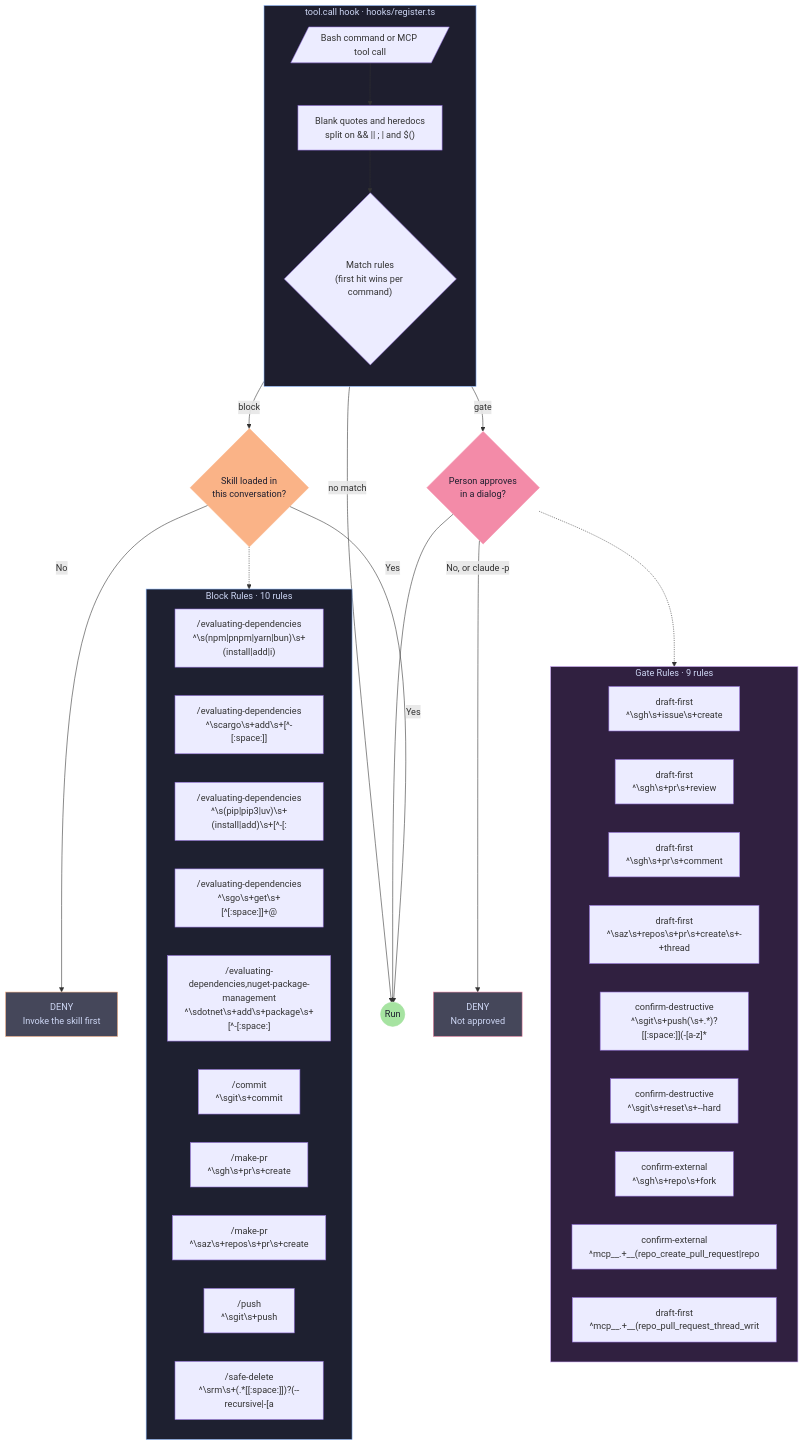
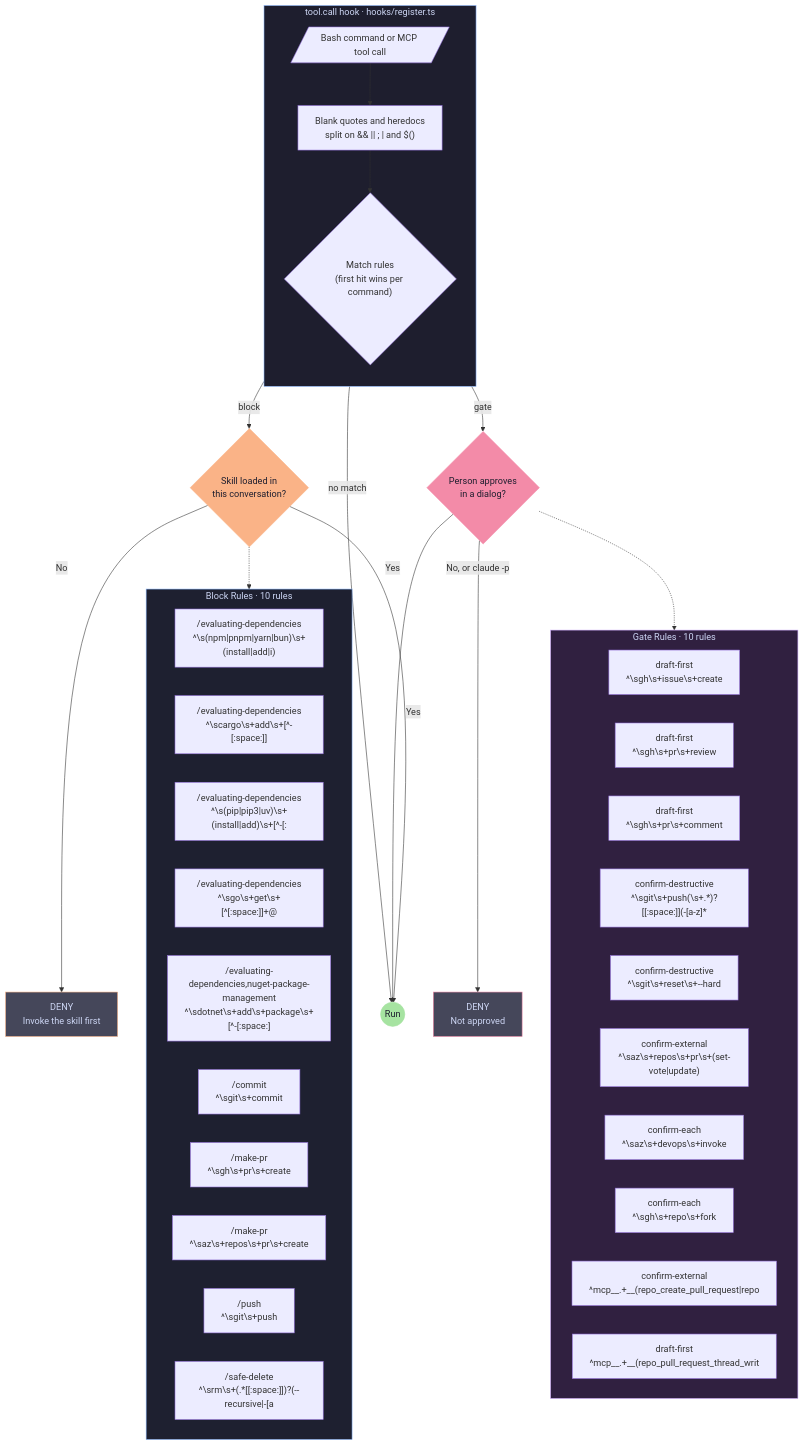
One commit to Saturate/agents changed the diagram in plugins/skill-router/diagrams/hook-flow.mmd. Above: the diagram before and after it, drawn with Mermaid. The commit also changed 9 other files, not shown here.

```diff
--- a/plugins/skill-router/diagrams/hook-flow.mmd
+++ b/plugins/skill-router/diagrams/hook-flow.mmd
@@ -1,62 +1,63 @@
 %% Auto-generated from advisor-rules.conf — do not edit by hand
 %% Regenerate: bash plugins/skill-router/scripts/generate-diagrams.sh
 flowchart TB
     subgraph hook["tool.call hook · hooks/register.ts"]
         direction TB
         CMD[/"Bash command or MCP tool call"/]
         NORM["Blank quotes and heredocs\nsplit on && || ; | and $()"]
         MATCH{"Match rules\n(first hit wins per command)"}
 
         CMD --> NORM --> MATCH
     end
 
     LOADED{"Skill loaded in\nthis conversation?"}
     ASK{"Person approves\nin a dialog?"}
     DENY1["DENY\nInvoke the skill first"]
     DENY2["DENY\nNot approved"]
     PASS(("Run"))
 
     MATCH -->|"block"| LOADED
     MATCH -->|"gate"| ASK
     MATCH -->|"no match"| PASS
     LOADED -->|"Yes"| PASS
     LOADED -->|"No"| DENY1
     ASK -->|"Yes"| PASS
     ASK -->|"No, or claude -p"| DENY2
 
-    subgraph gates["Gate Rules · 9 rules"]
+    subgraph gates["Gate Rules · 10 rules"]
         G1["draft-first\n^\sgh\s+issue\s+create"]
         G2["draft-first\n^\sgh\s+pr\s+review"]
         G3["draft-first\n^\sgh\s+pr\s+comment"]
-        G4["draft-first\n^\saz\s+repos\s+pr\s+create\s+-+thread"]
-        G5["confirm-destructive\n^\sgit\s+push(\s+.*)?[[:space:]](-[a-z]*"]
-        G6["confirm-destructive\n^\sgit\s+reset\s+--hard"]
-        G7["confirm-external\n^\sgh\s+repo\s+fork"]
-        G8["confirm-external\n^mcp__.+__(repo_create_pull_request|repo"]
-        G9["draft-first\n^mcp__.+__(repo_pull_request_thread_writ"]
+        G4["confirm-destructive\n^\sgit\s+push(\s+.*)?[[:space:]](-[a-z]*"]
+        G5["confirm-destructive\n^\sgit\s+reset\s+--hard"]
+        G6["confirm-external\n^\saz\s+repos\s+pr\s+(set-vote|update)"]
+        G7["confirm-each\n^\saz\s+devops\s+invoke"]
+        G8["confirm-each\n^\sgh\s+repo\s+fork"]
+        G9["confirm-external\n^mcp__.+__(repo_create_pull_request|repo"]
+        G10["draft-first\n^mcp__.+__(repo_pull_request_thread_writ"]
     end
 
     subgraph blocks["Block Rules · 10 rules"]
         B1["/evaluating-dependencies\n^\s(npm|pnpm|yarn|bun)\s+(install|add|i)"]
         B2["/evaluating-dependencies\n^\scargo\s+add\s+[^-[:space:]]"]
         B3["/evaluating-dependencies\n^\s(pip|pip3|uv)\s+(install|add)\s+[^-[:"]
         B4["/evaluating-dependencies\n^\sgo\s+get\s+[^[:space:]]+@"]
         B5["/evaluating-dependencies,nuget-package-management\n^\sdotnet\s+add\s+package\s+[^-[:space:]"]
         B6["/commit\n^\sgit\s+commit"]
         B7["/make-pr\n^\sgh\s+pr\s+create"]
         B8["/make-pr\n^\saz\s+repos\s+pr\s+create"]
         B9["/push\n^\sgit\s+push"]
         B10["/safe-delete\n^\srm\s+(.*[[:space:]])?(--recursive|-[a"]
     end
 
     ASK -.-> gates
     LOADED -.-> blocks
 
     style hook fill:#1e1e2e,stroke:#89b4fa,color:#cdd6f4
     style ASK fill:#f38ba8,stroke:#f38ba8,color:#1e1e2e
     style LOADED fill:#fab387,stroke:#fab387,color:#1e1e2e
     style DENY1 fill:#45475a,stroke:#fab387,color:#cdd6f4
     style DENY2 fill:#45475a,stroke:#f38ba8,color:#cdd6f4
     style PASS fill:#a6e3a1,stroke:#a6e3a1,color:#1e1e2e
     style gates fill:#302040,stroke:#cba6f7,color:#cdd6f4
     style blocks fill:#1e2030,stroke:#89b4fa,color:#cdd6f4
```
